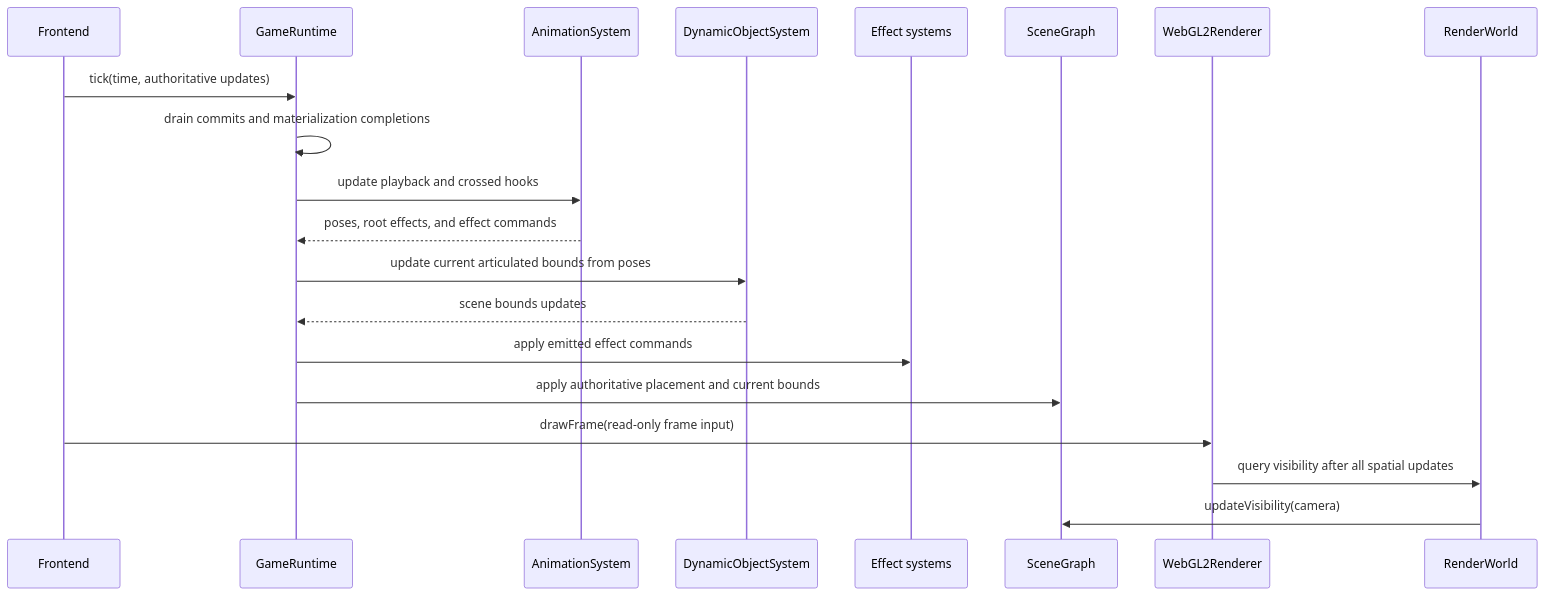
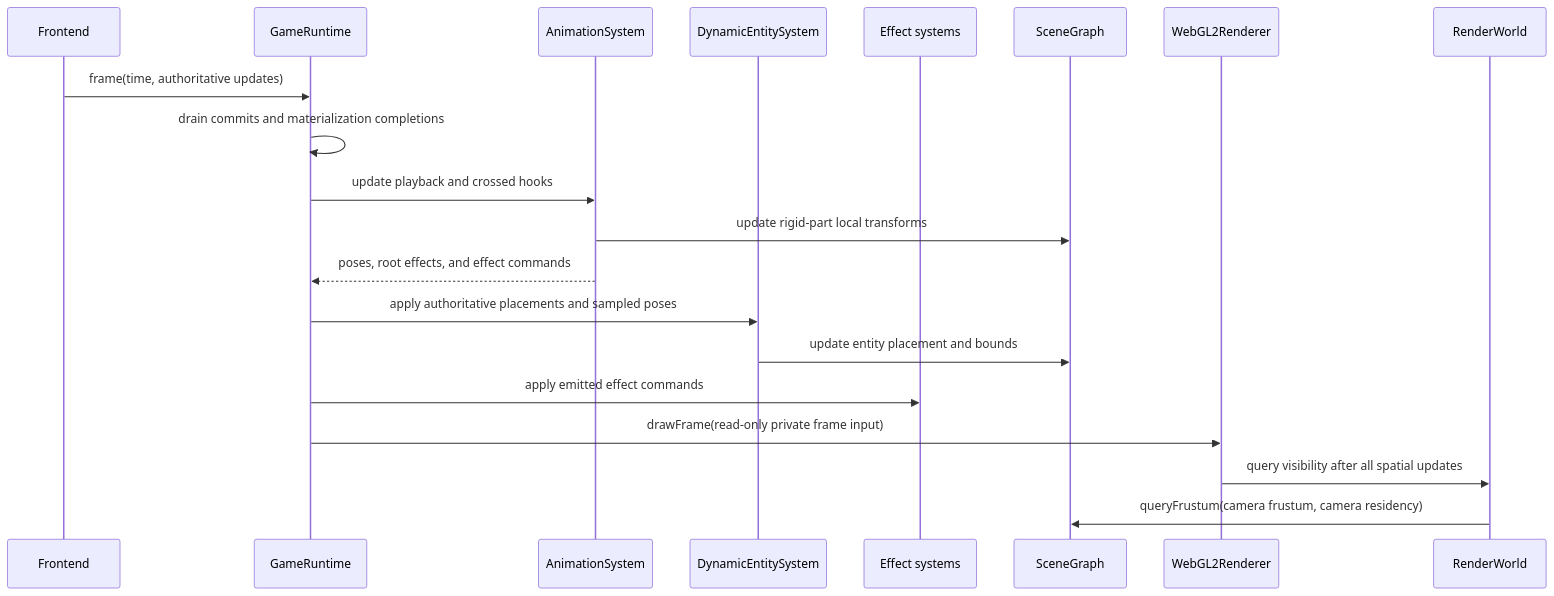
One commit to merklejerk/holtburger changed the seventh of 8 diagrams in docs/plans/holtburger-3d-render-systems-ecs-pivot-scoping.md. Above: the diagram before and after it, drawn with Mermaid. The commit also changed other lines of this file, not shown here.

````diff
--- a/docs/plans/holtburger-3d-render-systems-ecs-pivot-scoping.md
+++ b/docs/plans/holtburger-3d-render-systems-ecs-pivot-scoping.md
@@ -341,23 +776,23 @@
 ```mermaid
 sequenceDiagram
     participant Frontend
     participant Runtime as GameRuntime
     participant Animation as AnimationSystem
-    participant Dynamic as DynamicObjectSystem
+    participant Dynamic as DynamicEntitySystem
     participant Effects as Effect systems
     participant Scene as SceneGraph
     participant Renderer as WebGL2Renderer
     participant World as RenderWorld
 
-    Frontend->>Runtime: tick(time, authoritative updates)
+    Frontend->>Runtime: frame(time, authoritative updates)
     Runtime->>Runtime: drain commits and materialization completions
     Runtime->>Animation: update playback and crossed hooks
+    Animation->>Scene: update rigid-part local transforms
     Animation-->>Runtime: poses, root effects, and effect commands
-    Runtime->>Dynamic: update current articulated bounds from poses
-    Dynamic-->>Runtime: scene bounds updates
+    Runtime->>Dynamic: apply authoritative placements and sampled poses
+    Dynamic->>Scene: update entity placement and bounds
     Runtime->>Effects: apply emitted effect commands
-    Runtime->>Scene: apply authoritative placement and current bounds
-    Frontend->>Renderer: drawFrame(read-only frame input)
+    Runtime->>Renderer: drawFrame(read-only private frame input)
     Renderer->>World: query visibility after all spatial updates
-    World->>Scene: updateVisibility(camera)
+    World->>Scene: queryFrustum(camera frustum, camera residency)
 ```
````
